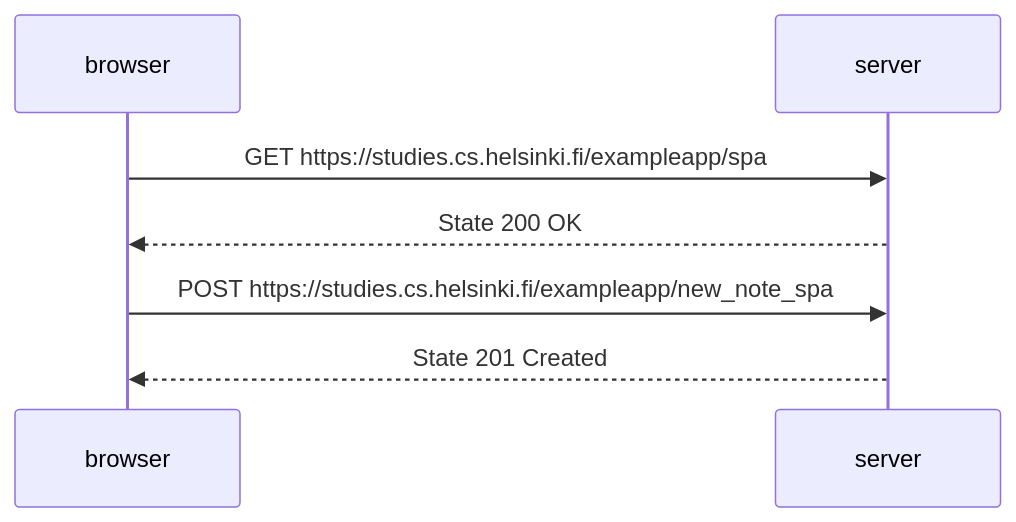
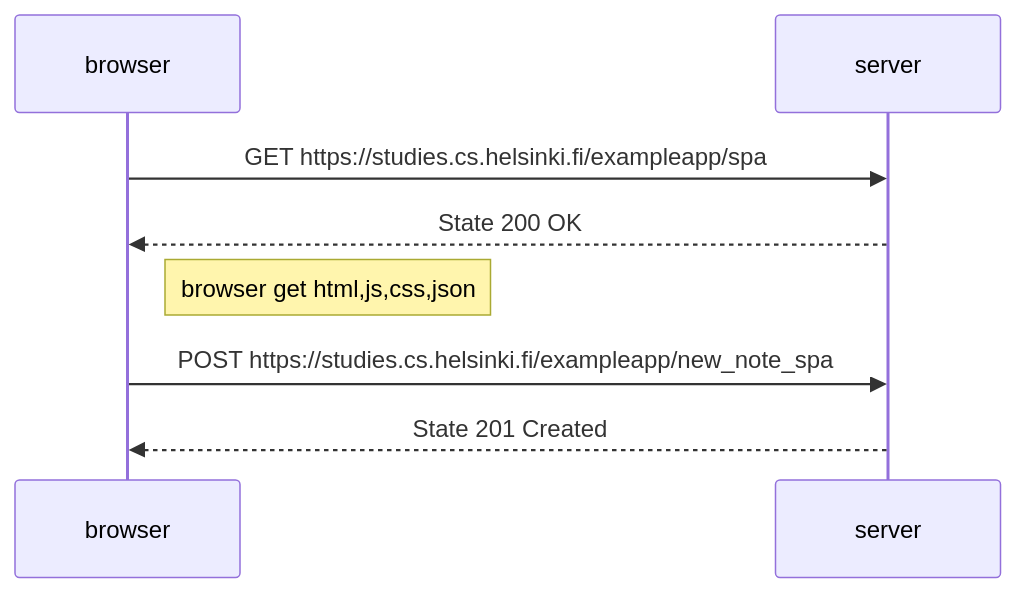
One commit to GeanVillamar/Part0 changed the diagram in 0.5 : Single Page Application Diagram.md. Above: the diagram before and after it, drawn with Mermaid.

Commit message:
Update 0.5 : Single Page Application Diagram.md

````diff
--- a/0.5 : Single Page Application Diagram.md
+++ b/0.5 : Single Page Application Diagram.md
@@ -1,10 +1,11 @@
 ```mermaid
 sequenceDiagram
     participant browser
     participant server
     browser->>server: GET https://studies.cs.helsinki.fi/exampleapp/spa
     server-->>browser: State 200 OK
+    Note right of browser: browser get html,js,css,json
     browser->>server: POST https://studies.cs.helsinki.fi/exampleapp/new_note_spa
     server-->>browser: State 201 Created
    
 ```
````
